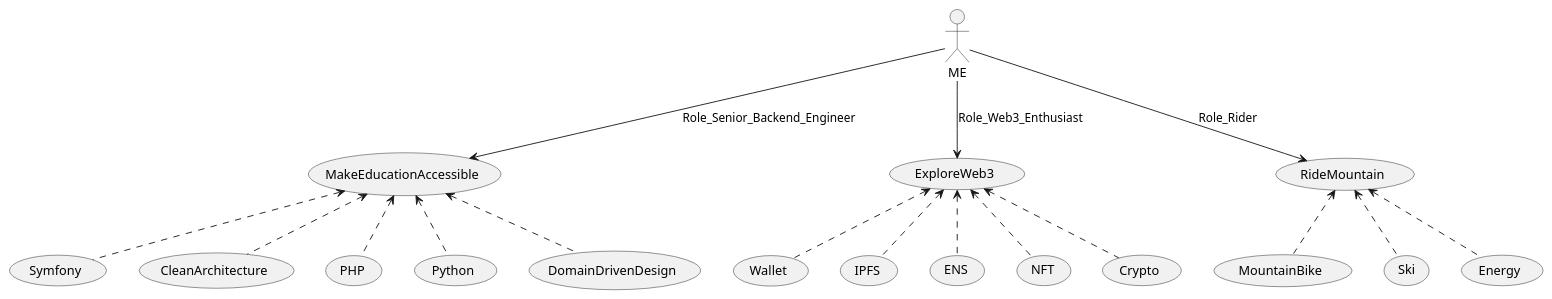
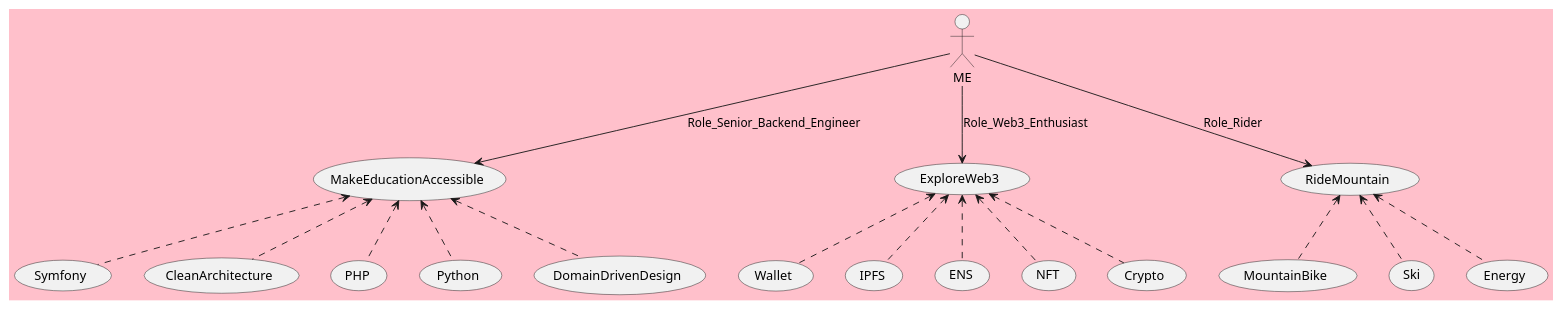
Before and after one commit to NicolasMugnier/NicolasMugnier: the diagram in usecase-diagram.puml, drawn with PlantUML.

Commit message:
feat(puml): update background color

```diff
--- a/usecase-diagram.puml
+++ b/usecase-diagram.puml
@@ -1,36 +1,36 @@
 @startuml
-skinparam backgroundColor white
+skinparam backgroundColor pink
 actor ME
 usecase MakeEducationAccessible
 usecase ExploreWeb3
 usecase RideMountain
 usecase Symfony
 usecase CleanArchitecture
 usecase PHP
 usecase Python
 usecase DomainDrivenDesign
 usecase Wallet
 usecase IPFS
 usecase ENS
 usecase NFT
 usecase Crypto
 usecase MountainBike
 usecase Ski
 usecase Energy
 ME --> MakeEducationAccessible: Role_Senior_Backend_Engineer
 MakeEducationAccessible <.. Symfony
 MakeEducationAccessible <.. PHP
 MakeEducationAccessible <.. CleanArchitecture
 MakeEducationAccessible <.. DomainDrivenDesign
 MakeEducationAccessible <.. Python
 ME --> ExploreWeb3: Role_Web3_Enthusiast
 ExploreWeb3 <.. Wallet
 ExploreWeb3 <.. IPFS
 ExploreWeb3 <.. NFT
 ExploreWeb3 <.. ENS
 ExploreWeb3 <.. Crypto
 ME --> RideMountain: Role_Rider
 RideMountain <.. MountainBike
 RideMountain <.. Ski
 RideMountain <.. Energy
 @enduml
```
